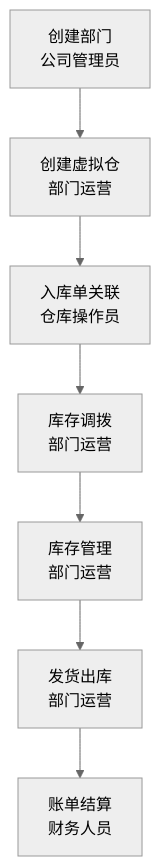
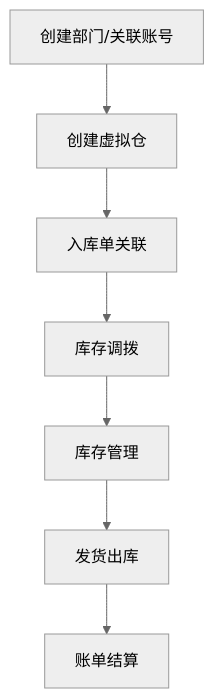
Before and after one commit to 1191232345/Axure_ELSA: the first of 4 diagrams in 虚拟仓/prd.md, drawn with Mermaid (neutral theme). The commit also changed other lines of this file, not shown here.

First line of the commit message:
docs(prd): 更新流程图和账号管理描述

````diff
--- a/虚拟仓/prd.md
+++ b/虚拟仓/prd.md
@@ -44,9 +44,9 @@
 ```mermaid
 graph TD
-    A["创建部门<br/>公司管理员"] --> B["创建虚拟仓<br/>部门运营"]
-    B --> C["入库单关联<br/>仓库操作员"]
-    C --> D["库存调拨<br/>部门运营"]
-    D --> E["库存管理<br/>部门运营"]
-    E --> F["发货出库<br/>部门运营"]
-    F --> G["账单结算<br/>财务人员"]
+    A["创建部门/关联账号"] --> B["创建虚拟仓"]
+    B --> C["入库单关联"]
+    C --> D["库存调拨"]
+    D --> E["库存管理"]
+    E --> F["发货出库"]
+    F --> G["账单结算"]
 ```
````
